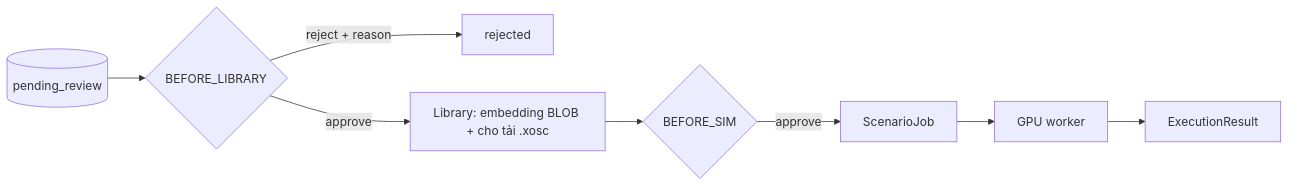
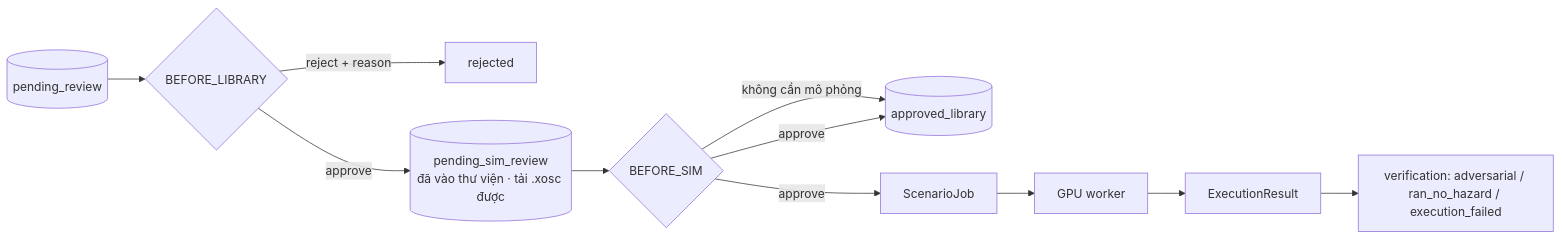
One commit to Menakanchi/nextjs-boilerplate changed the third of 3 diagrams in ARCHITECTURE.md. Above: the diagram before and after it, drawn with Mermaid. The commit also changed other lines of this file, not shown here.

First line of the commit message:
docs: ARCHITECTURE khớp lại code sau worker, ADR-016 và ADR-017

````diff
--- a/ARCHITECTURE.md
+++ b/ARCHITECTURE.md
@@ -169,10 +170,13 @@
 ```mermaid
 graph LR
     P[(pending_review)] --> R1{BEFORE_LIBRARY}
     R1 -->|reject + reason| RJ[rejected]
-    R1 -->|approve| LIB[Library: embedding BLOB + cho tải .xosc]
-    LIB --> R2{BEFORE_SIM}
+    R1 -->|approve| SIM[("pending_sim_review<br/>đã vào thư viện · tải .xosc được")]
+    SIM --> R2{BEFORE_SIM}
+    R2 -->|không cần mô phỏng| LIB[(approved_library)]
+    R2 -->|approve| LIB
     R2 -->|approve| JOB[ScenarioJob]
     JOB --> W[GPU worker]
     W --> RES[ExecutionResult]
+    RES --> V["verification: adversarial / ran_no_hazard / execution_failed"]
 ```
````
